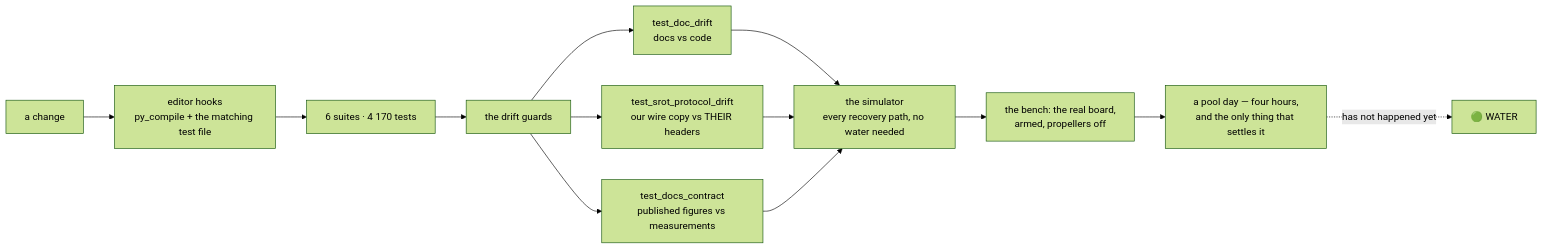
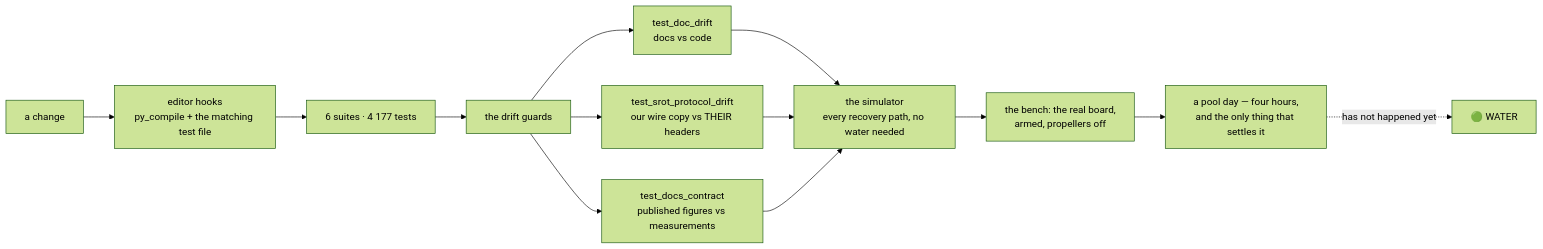
The ninth of 10 diagrams in README.md (fh1m/mongla_ws), drawn with Mermaid (forest theme) before and after one commit. The commit also changed other lines of this file and 5 other files, not shown here.

````diff
--- a/README.md
+++ b/README.md
@@ -752,15 +752,15 @@
 ```mermaid
 flowchart LR
     DEV["a change"] --> HOOK["editor hooks<br/>py_compile + the matching test file"]
-    HOOK --> UNIT["6 suites · 4 170 tests"]
+    HOOK --> UNIT["6 suites · 4 177 tests"]
     UNIT --> GUARD["the drift guards"]
     GUARD --> G1["test_doc_drift<br/>docs vs code"]
     GUARD --> G2["test_srot_protocol_drift<br/>our wire copy vs THEIR headers"]
     GUARD --> G3["test_docs_contract<br/>published figures vs measurements"]
     G1 --> SIM["the simulator<br/>every recovery path, no water needed"]
     G2 --> SIM
     G3 --> SIM
     SIM --> BENCH["the bench: the real board,<br/>armed, propellers off"]
     BENCH --> POOL["a pool day — four hours,<br/>and the only thing that settles it"]
     POOL -.->|"has not happened yet"| WATER["🟢 WATER"]
 ```
````
